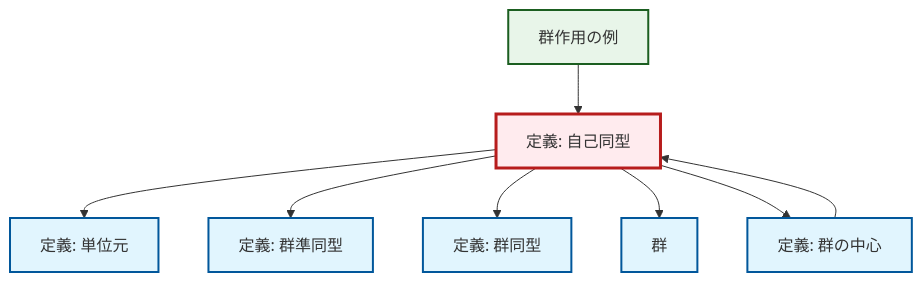
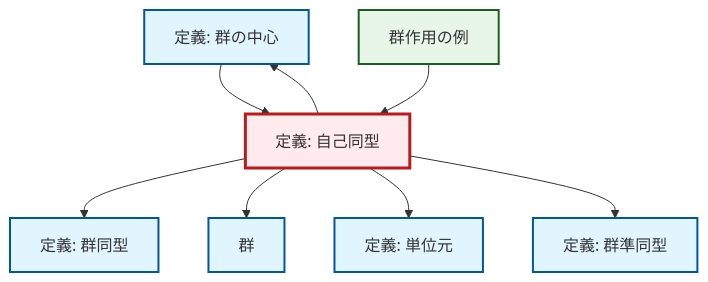
The diagram in content/ja/algebra/def-automorphism.qmd (RK0429/ModernMath), drawn with Mermaid before and after one commit. The commit also changed other lines of this file and 1012 other files, not shown here.

````diff
--- a/content/ja/algebra/def-automorphism.qmd
+++ b/content/ja/algebra/def-automorphism.qmd
@@ -101,30 +101,30 @@
 ```{mermaid}
 %%| fig-cap: "Local dependency graph"
 graph TD
     classDef definition fill:#e1f5fe,stroke:#01579b,stroke-width:2px
     classDef theorem fill:#f3e5f5,stroke:#4a148c,stroke-width:2px
     classDef axiom fill:#fff3e0,stroke:#e65100,stroke-width:2px
     classDef example fill:#e8f5e9,stroke:#1b5e20,stroke-width:2px
     classDef current fill:#ffebee,stroke:#b71c1c,stroke-width:3px
-    def-automorphism["定義: 自己同型"]:::definition
+    def-identity-element["定義: 単位元"]:::definition
     def-isomorphism["定義: 群同型"]:::definition
-    ex-group-action-examples["群作用の例"]:::example
-    def-identity-element["定義: 単位元"]:::definition
     def-center-of-group["定義: 群の中心"]:::definition
     def-homomorphism["定義: 群準同型"]:::definition
+    def-automorphism["定義: 自己同型"]:::definition
+    ex-group-action-examples["群作用の例"]:::example
     def-group["群"]:::definition
+    def-center-of-group --> def-automorphism
+    def-automorphism --> def-isomorphism
+    def-automorphism --> def-group
+    ex-group-action-examples --> def-automorphism
     def-automorphism --> def-identity-element
+    def-automorphism --> def-center-of-group
     def-automorphism --> def-homomorphism
-    def-automorphism --> def-isomorphism
-    def-center-of-group --> def-automorphism
-    ex-group-action-examples --> def-automorphism
-    def-automorphism --> def-group
-    def-automorphism --> def-center-of-group
     class def-automorphism current
+    click def-identity-element "def-identity-element.html" "単位元の定義へ"
     click def-isomorphism "def-isomorphism.html" "群同型の定義へ"
-    click ex-group-action-examples "ex-group-action-examples.html" "群作用の例へ"
-    click def-identity-element "def-identity-element.html" "単位元の定義へ"
     click def-center-of-group "def-center-of-group.html" "群の中心の定義へ"
     click def-homomorphism "def-homomorphism.html" "群準同型の定義へ"
+    click ex-group-action-examples "ex-group-action-examples.html" "群作用の例へ"
     click def-group "def-group.html" "群へ"
 ```
````
